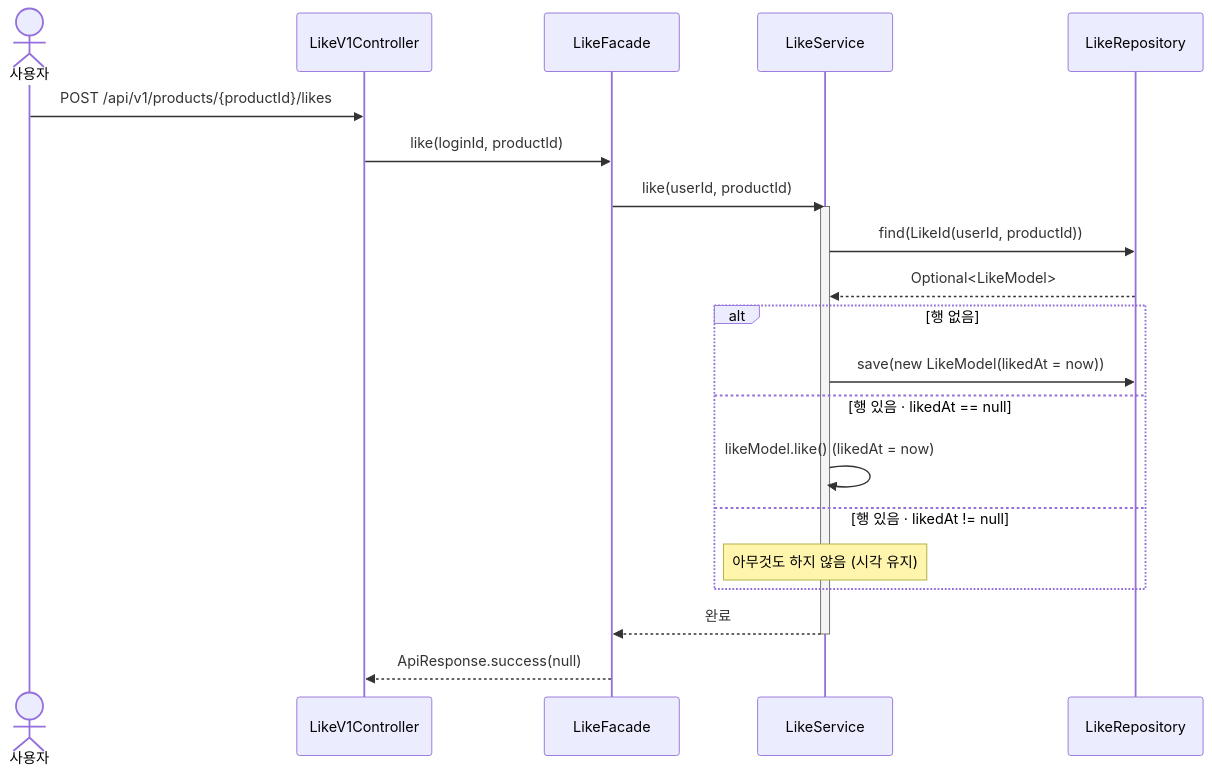
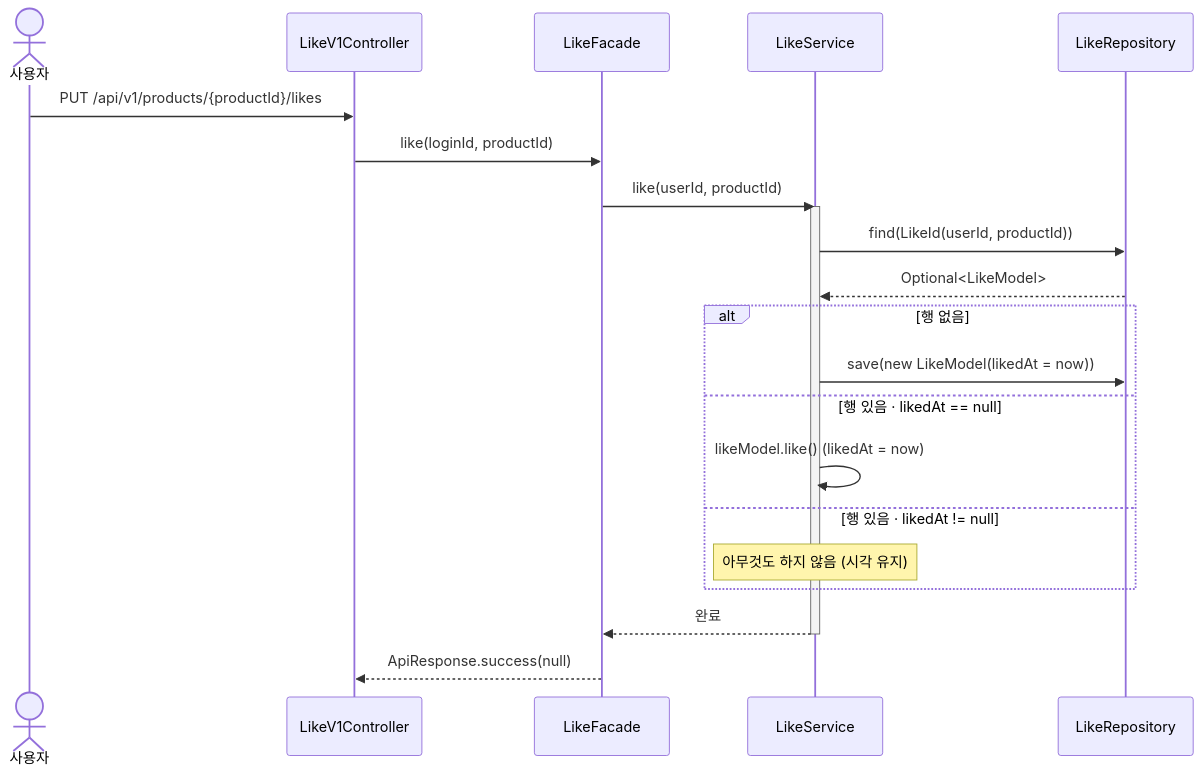
One commit to loopers-labs/loop-pack-be-l2-vol4-java changed the fourth of 6 diagrams in docs/design/02-sequence-diagrams.md. Above: the diagram before and after it, drawn with Mermaid.

Commit message:
fix: 시퀀스 다이어그램 수정

````diff
--- a/docs/design/02-sequence-diagrams.md
+++ b/docs/design/02-sequence-diagrams.md
@@ -107,25 +107,25 @@
 ```mermaid
 sequenceDiagram
     actor 사용자
     participant C as LikeV1Controller
     participant F as LikeFacade
     participant LS as LikeService
     participant LR as LikeRepository
 
-    사용자->>C: POST /api/v1/products/{productId}/likes
+    사용자->>C: PUT /api/v1/products/{productId}/likes
     C->>F: like(loginId, productId)
     F->>LS: like(userId, productId)
     activate LS
     LS->>LR: find(LikeId(userId, productId))
     LR-->>LS: Optional<LikeModel>
     alt 행 없음
         LS->>LR: save(new LikeModel(likedAt = now))
     else 행 있음 · likedAt == null
         LS->>LS: likeModel.like()  (likedAt = now)
     else 행 있음 · likedAt != null
         note over LS: 아무것도 하지 않음 (시각 유지)
     end
     LS-->>F: 완료
     deactivate LS
     F-->>C: ApiResponse.success(null)
 ```
````
